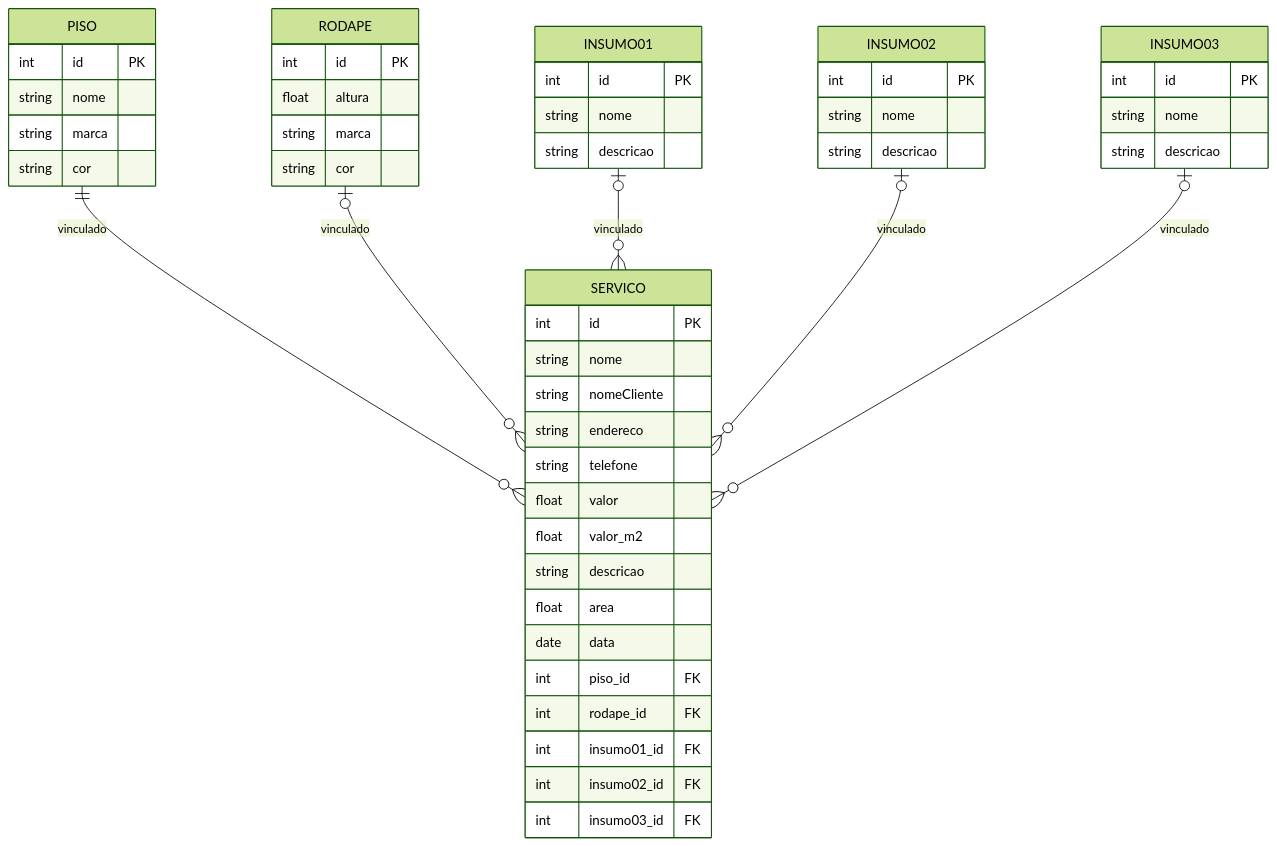
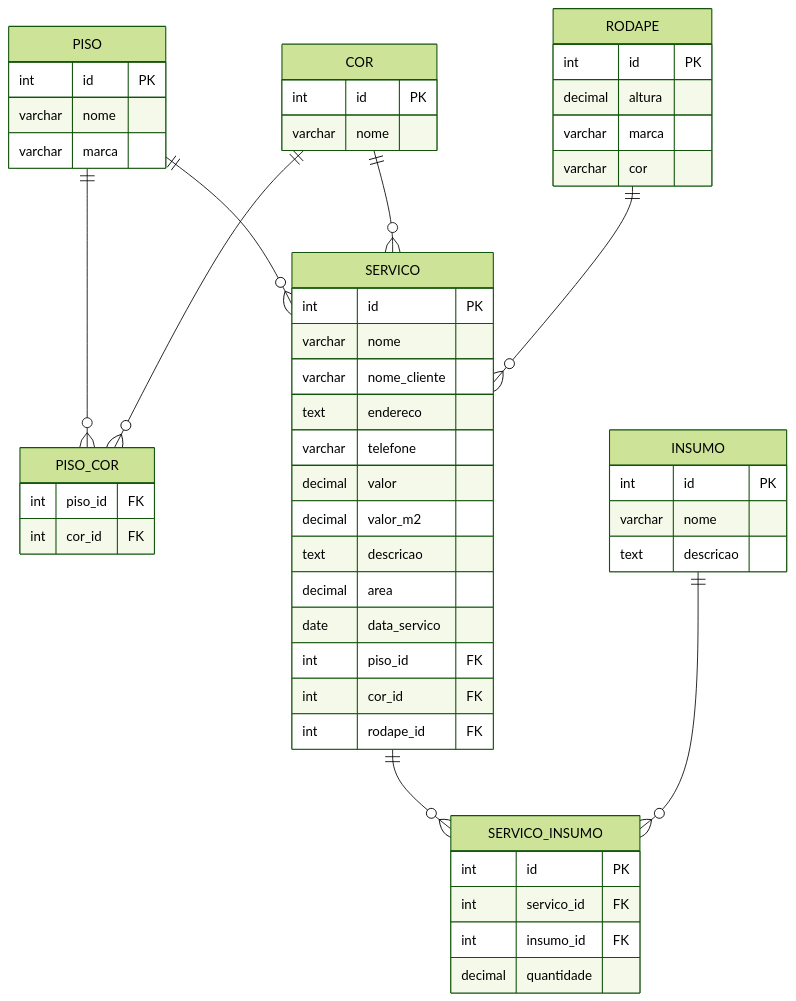
Before and after one commit to BrunoValcarenghi/Edis-Pisos-Gerenciar-Clientes: the diagram in README.md, drawn with Mermaid (forest theme). The commit also changed other lines of this file and 31 other files, not shown here.

````diff
--- a/README.md
+++ b/README.md
@@ -60,59 +82,64 @@
 ```mermaid
-    erDiagram
-        SERVICO {
-            int id PK
-            string nome
-            string nomeCliente
-            string endereco
-            string telefone
-            float valor
-            float valor_m2
-            string descricao
-            float area
-            date data
-            int piso_id FK
-            int rodape_id FK
-            int insumo01_id FK
-            int insumo02_id FK
-            int insumo03_id FK
-        }
+   erDiagram
+    PISO {
+        int id PK
+        varchar nome
+        varchar marca
+    }
 
-        PISO {
-            int id PK
-            string nome
-            string marca
-            string cor
-        }
+    COR {
+        int id PK
+        varchar nome
+    }
 
-        RODAPE {
-            int id PK
-            float altura
-            string marca
-            string cor
-        }
+    PISO_COR {
+        int piso_id FK
+        int cor_id FK
+    }
 
-        INSUMO01 {
-            int id PK
-            string nome
-            string descricao
-        }
+    RODAPE {
+        int id PK
+        decimal altura
+        varchar marca
+        varchar cor
+    }
 
-        INSUMO02 {
-            int id PK
-            string nome
-            string descricao
-        }
+    INSUMO {
+        int id PK
+        varchar nome
+        text descricao
+    }
 
-        INSUMO03 {
-            int id PK
-            string nome
-            string descricao
-        }
+    SERVICO {
+        int id PK
+        varchar nome
+        varchar nome_cliente
+        text endereco
+        varchar telefone
+        decimal valor
+        decimal valor_m2
+        text descricao
+        decimal area
+        date data_servico
+        int piso_id FK
+        int cor_id FK
+        int rodape_id FK
+    }
 
-        %% Relacionamentos atualizados (Um serviço tem zero ou um de cada)
-        PISO ||--o{ SERVICO : "vinculado"
-        RODAPE |o--o{ SERVICO : "vinculado"
-        INSUMO01 |o--o{ SERVICO : "vinculado"
-        INSUMO02 |o--o{ SERVICO : "vinculado"
-        INSUMO03 |o--o{ SERVICO : "vinculado"
+    SERVICO_INSUMO {
+        int id PK
+        int servico_id FK
+        int insumo_id FK
+        decimal quantidade
+    }
+
+    PISO ||--o{ PISO_COR : ""
+    COR ||--o{ PISO_COR : ""
+    
+    PISO ||--o{ SERVICO : ""
+    COR ||--o{ SERVICO : ""
+    RODAPE ||--o{ SERVICO : ""
+    
+    SERVICO ||--o{ SERVICO_INSUMO : ""
+    INSUMO ||--o{ SERVICO_INSUMO : ""
 ```
````
